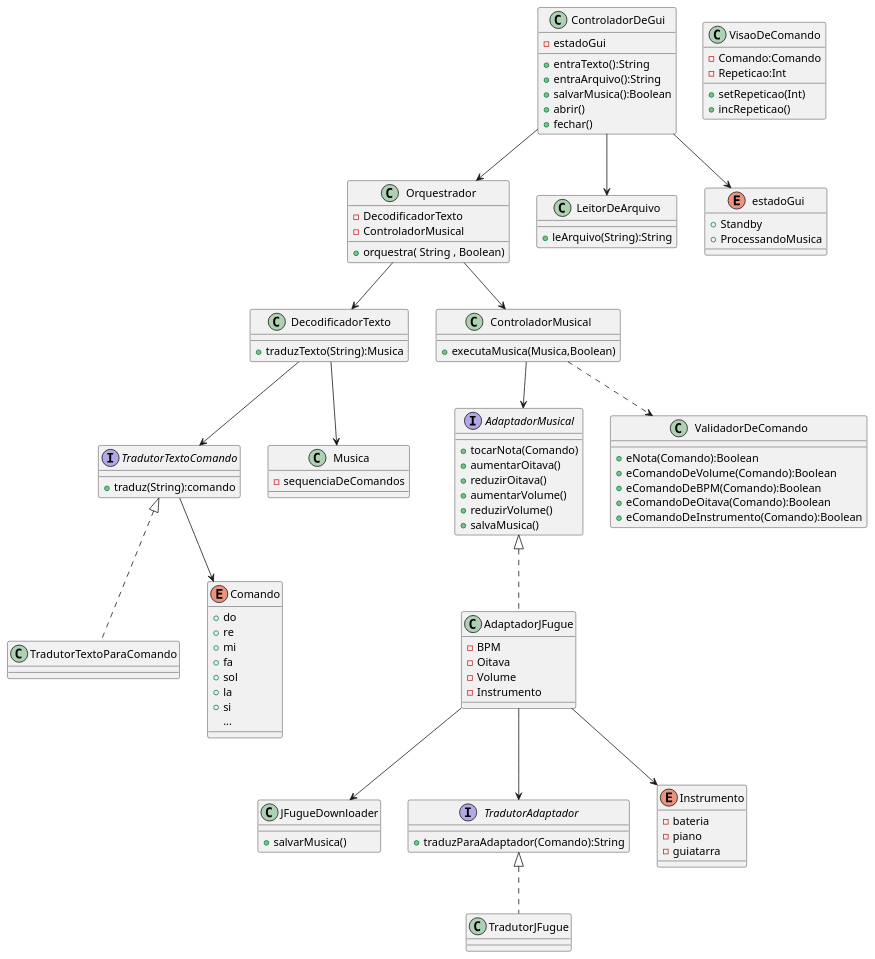
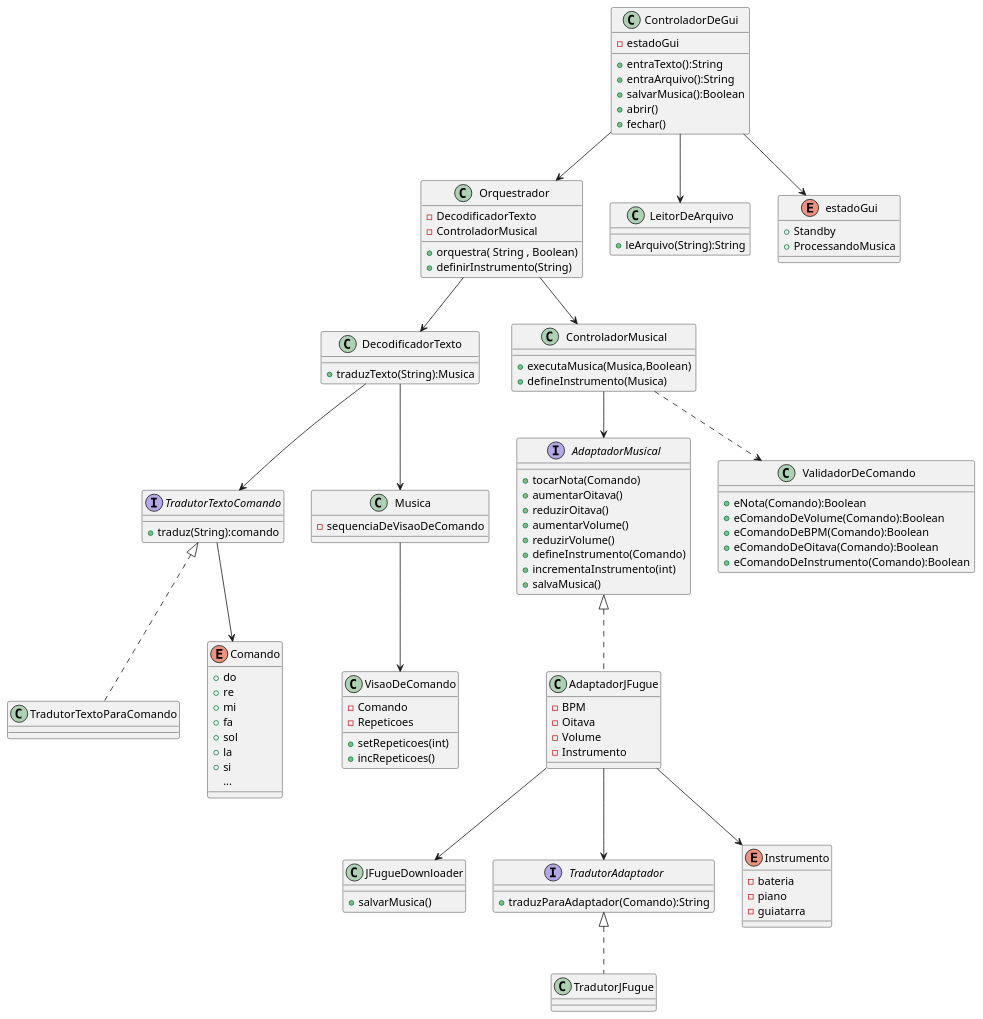
The diagram in diagramaDeClasses.puml (tonelloiago/TCP), drawn with PlantUML before and after one commit. The commit also changed 1 other file, not shown here.

Commit message:
Ajusta diagrama (#25)

```diff
--- a/diagramaDeClasses.puml
+++ b/diagramaDeClasses.puml
@@ -1,121 +1,126 @@
 @startuml classes
 
 class Orquestrador{
     - DecodificadorTexto
     - ControladorMusical
     + orquestra( String , Boolean)
+    + definirInstrumento(String)
 }
 
 class ControladorDeGui{
     - estadoGui
     + entraTexto():String
     + entraArquivo():String
     + salvarMusica():Boolean
     + abrir()
     + fechar()
 }
 
 class LeitorDeArquivo{
     + leArquivo(String):String
 }
 
 enum estadoGui{
     + Standby
     + ProcessandoMusica
 }
 
 class DecodificadorTexto{
     + traduzTexto(String):Musica
 }
 
 interface TradutorTextoComando{
     + traduz(String):comando
 }
 
 class TradutorTextoParaComando implements TradutorTextoComando{}
 
 class ControladorMusical{
     + executaMusica(Musica,Boolean)
+    + defineInstrumento(Musica)
 }
 
 interface AdaptadorMusical{
     + tocarNota(Comando)
     + aumentarOitava()
     + reduzirOitava()
     + aumentarVolume()
     + reduzirVolume()
+    + defineInstrumento(Comando)
+    + incrementaInstrumento(int)
     + salvaMusica()
 }
 
 class AdaptadorJFugue implements AdaptadorMusical{
     - BPM
     - Oitava
     - Volume
     - Instrumento
 }
 
 class JFugueDownloader{
     + salvarMusica()
 }
 
 interface TradutorAdaptador{
     + traduzParaAdaptador(Comando):String
 }
 
 class TradutorJFugue implements TradutorAdaptador{
 
 }
 
 enum Instrumento{
     - bateria
     - piano
     - guiatarra
 }
 
-class VisaoDeComando{
-    - Comando:Comando
-    - Repeticao:Int
-    + setRepeticao(Int)
-    + incRepeticao()
-}
-
 enum Comando{
     + do
     + re
     + mi
     + fa
     + sol
     + la
     + si
     ...
 }
 
 class Musica{
-    - sequenciaDeComandos
+    - sequenciaDeVisaoDeComando
+}
+
+class VisaoDeComando{
+    - Comando
+    - Repeticoes
+    + setRepeticoes(int)
+    + incRepeticoes()
 }
 
 class ValidadorDeComando{
     + eNota(Comando):Boolean
     + eComandoDeVolume(Comando):Boolean
     + eComandoDeBPM(Comando):Boolean
     + eComandoDeOitava(Comando):Boolean
     + eComandoDeInstrumento(Comando):Boolean
 }
 
 
 ControladorDeGui --> Orquestrador
 ControladorDeGui --> LeitorDeArquivo
 AdaptadorJFugue --> JFugueDownloader
 Orquestrador --> ControladorMusical
 Orquestrador --> DecodificadorTexto
 DecodificadorTexto --> TradutorTextoComando
 DecodificadorTexto --> Musica
 ControladorMusical --> AdaptadorMusical
 ControladorMusical ..> ValidadorDeComando
 TradutorTextoComando --> Comando
 ControladorDeGui --> estadoGui
 AdaptadorJFugue --> Instrumento
 AdaptadorJFugue --> TradutorAdaptador
+Musica --> VisaoDeComando
 
 
 @enduml
```
